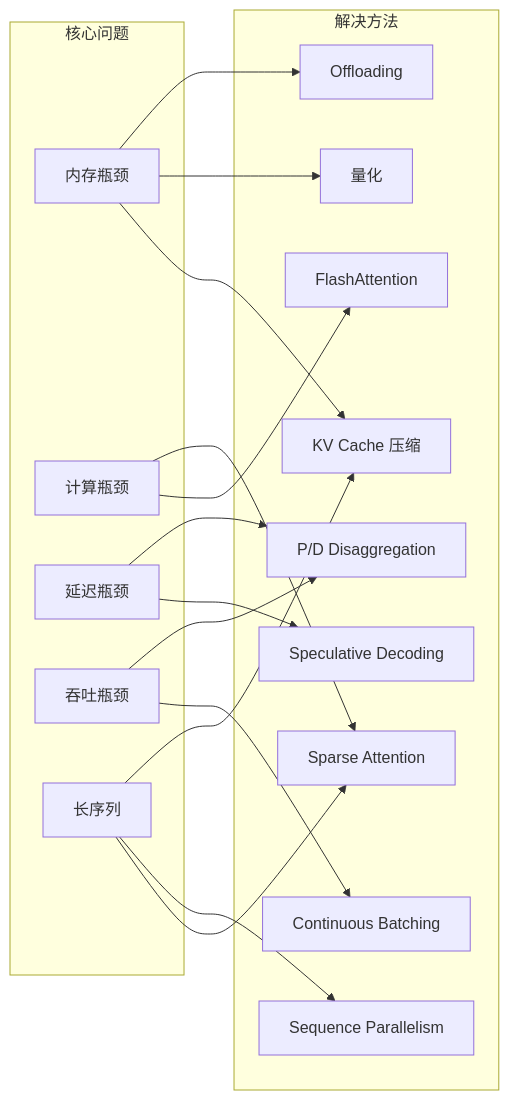
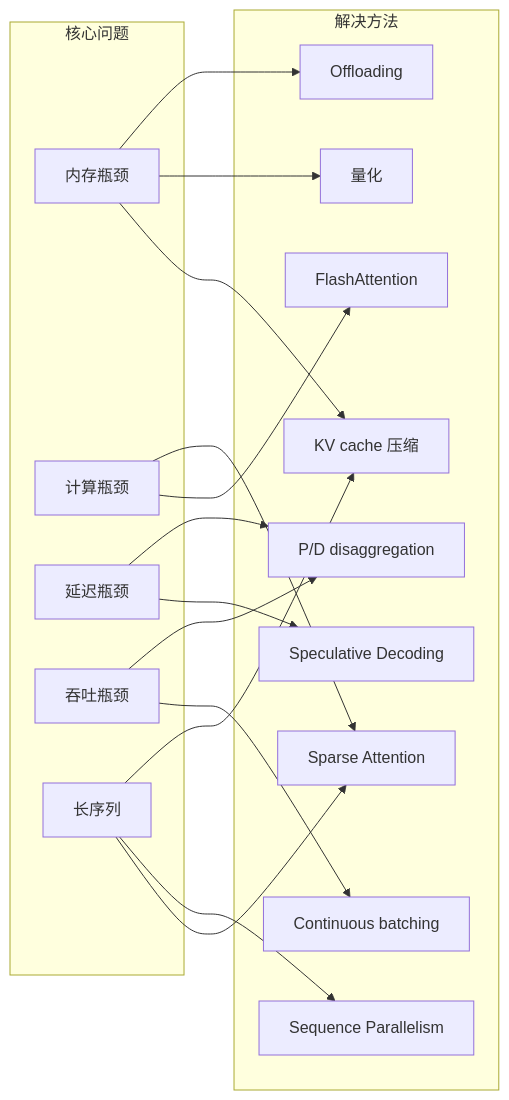
The third of 5 diagrams in reports/14_knowledge_graph.md (yuancaoyaoHW/Awesome-LLM-Inference), drawn with Mermaid before and after one commit. The commit also changed other lines of this file and 21 other files, not shown here.

````diff
--- a/reports/14_knowledge_graph.md
+++ b/reports/14_knowledge_graph.md
@@ -108,35 +108,35 @@
 ```mermaid
 graph LR
     subgraph "核心问题"
         P1[内存瓶颈]
         P2[计算瓶颈]
         P3[延迟瓶颈]
         P4[吞吐瓶颈]
         P5[长序列]
     end
     
     subgraph "解决方法"
-        S1[KV Cache 压缩]
+        S1[KV cache 压缩]
         S2[量化]
         S3[FlashAttention]
         S4[Speculative Decoding]
-        S5[Continuous Batching]
-        S6[P/D Disaggregation]
+        S5[Continuous batching]
+        S6[P/D disaggregation]
         S7[Sparse Attention]
         S8[Offloading]
         S9[Sequence Parallelism]
     end
     
     P1 --> S1
     P1 --> S2
     P1 --> S8
     P2 --> S3
     P2 --> S7
     P3 --> S4
     P3 --> S6
     P4 --> S5
     P4 --> S6
     P5 --> S7
     P5 --> S9
     P5 --> S1
 ```
````
